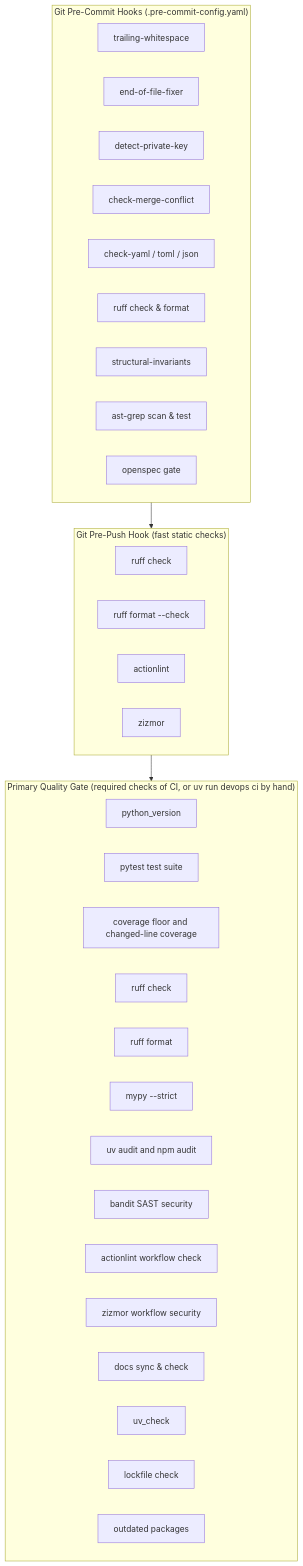
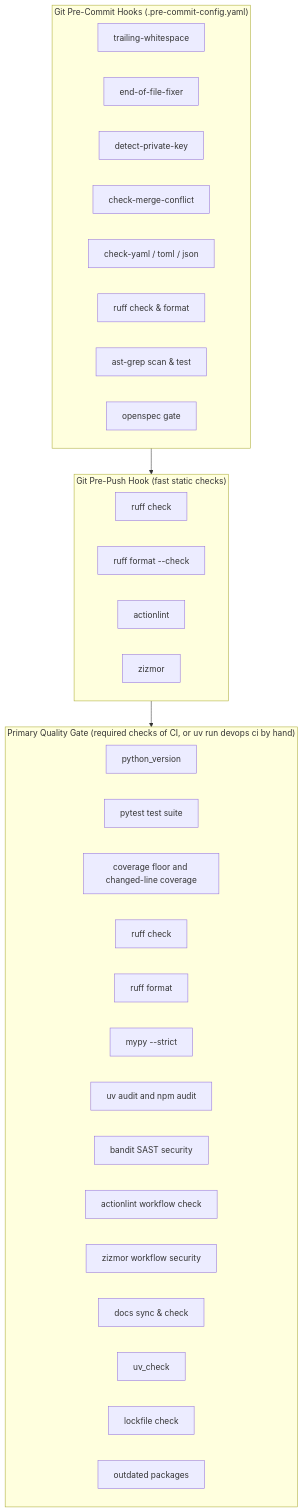
Before and after one commit to dan-petty/devops-cli: the fifth of 8 diagrams in docs/SDLC.md, drawn with Mermaid. The commit also changed other lines of this file and 22 other files, not shown here.

First line of the commit message:
ci(lint): delete the structural-invariants hook and the nesting figure that PLR1702 replaces

````diff
--- a/docs/SDLC.md
+++ b/docs/SDLC.md
@@ -146,41 +146,40 @@
 ```mermaid
 flowchart TD
     subgraph PreCommit["Git Pre-Commit Hooks (.pre-commit-config.yaml)"]
         H1[trailing-whitespace]
         H2[end-of-file-fixer]
         H3[detect-private-key]
         H4[check-merge-conflict]
         H5[check-yaml / toml / json]
         H6[ruff check & format]
-        H7[structural-invariants]
-        H8[ast-grep scan & test]
-        H9[openspec gate]
+        H7[ast-grep scan & test]
+        H8[openspec gate]
     end
 
     subgraph PrePush["Git Pre-Push Hook (fast static checks)"]
         P1[ruff check]
         P2[ruff format --check]
         P3[actionlint]
         P4[zizmor]
     end
 
     subgraph CIQualityGate["Primary Quality Gate (required checks of CI, or uv run devops ci by hand)"]
         G1[python_version]
         G2[pytest test suite]
         G3[coverage floor and changed-line coverage]
         G4[ruff check]
         G5[ruff format]
         G6[mypy --strict]
         G7[uv audit and npm audit]
         G8[bandit SAST security]
         G9[actionlint workflow check]
         G9b[zizmor workflow security]
         G10[docs sync & check]
         G11[uv_check]
         G12[lockfile check]
         G13[outdated packages]
     end
 
     PreCommit --> PrePush
     PrePush --> CIQualityGate
 ```
````
